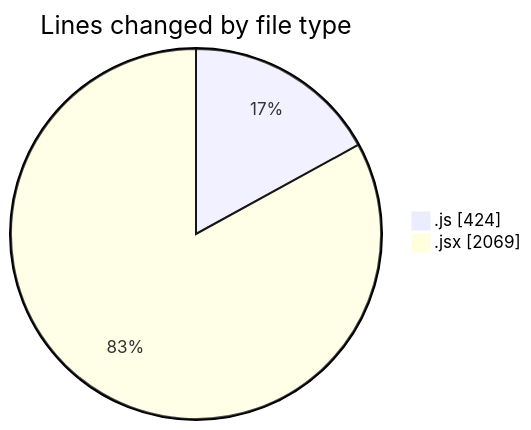
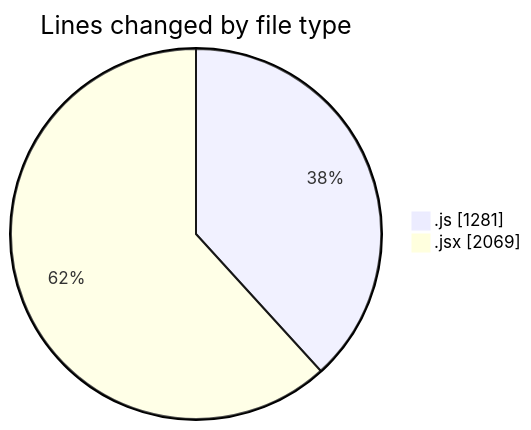
Before and after one commit to nxtqubesakshisongat/code-tracking: the first of 2 diagrams in 2025-08-28/nxtqube_webapp/README.md, drawn with Mermaid. The commit also changed other lines of this file and 1 other file, not shown here.

````diff
--- a/2025-08-28/nxtqube_webapp/README.md
+++ b/2025-08-28/nxtqube_webapp/README.md
@@ -25,6 +25,6 @@
 ```mermaid
 pie showData
 title Lines changed by file type
-".js" : 424
+".js" : 1281
 ".jsx" : 2069
 ```
````
